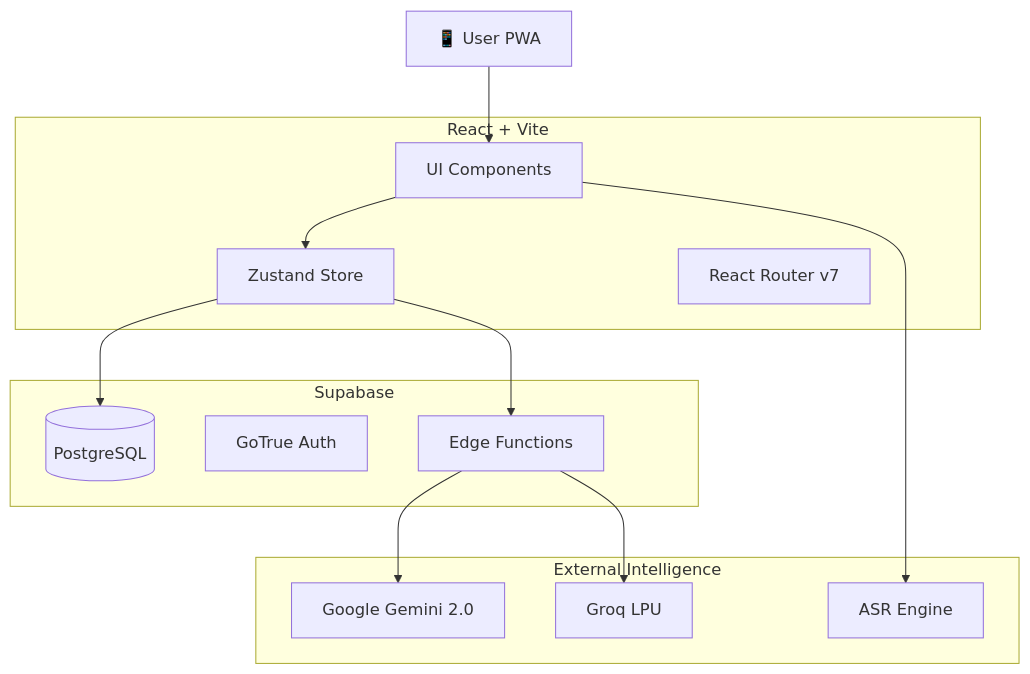
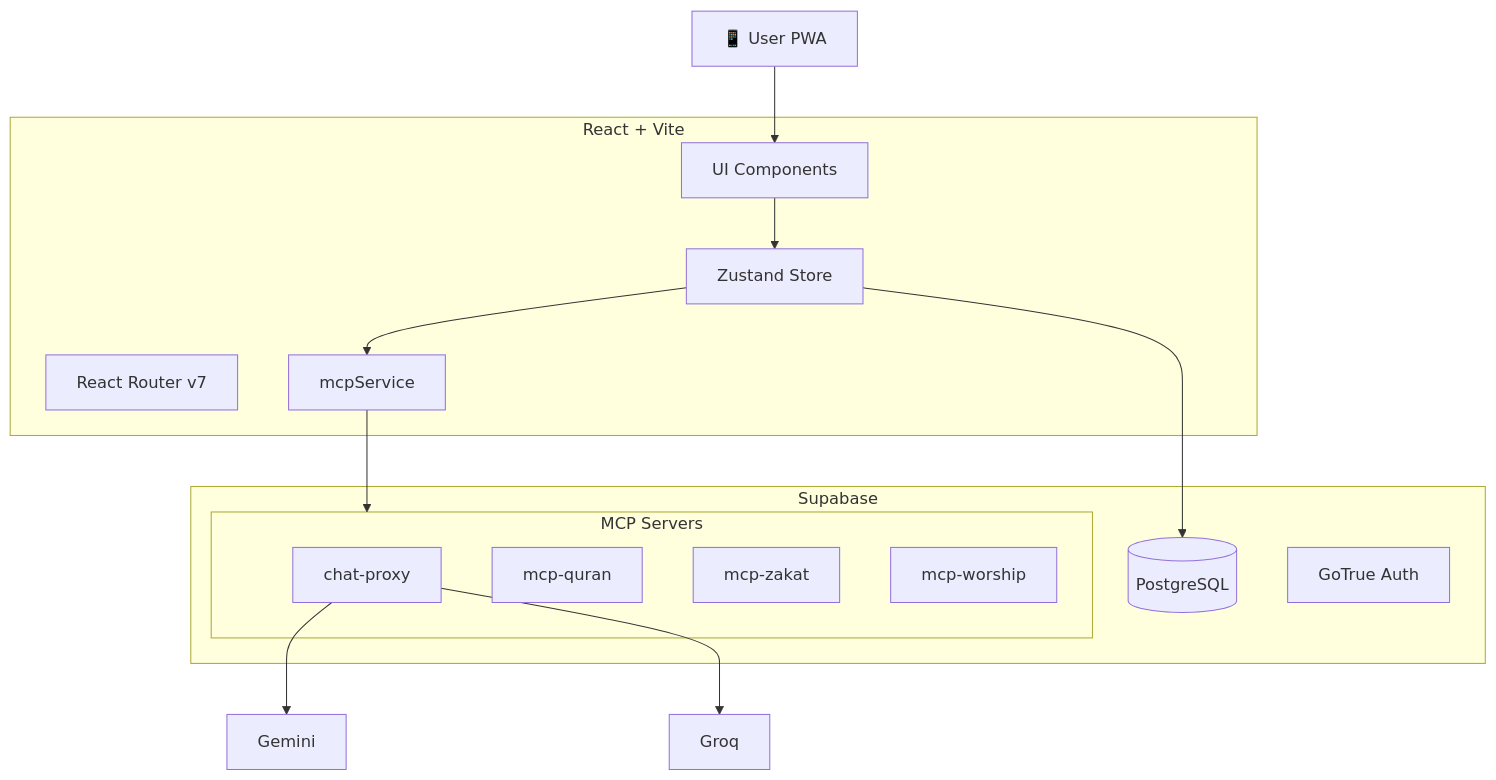
The diagram in ARCHITECTURE.md (thisisniagahub/QuranPulse-v6.0), drawn with Mermaid before and after one commit. The commit also changed other lines of this file and 39 other files, not shown here.

First line of the commit message:
docs: update strategic documentation (Master Plan, Roadmap, PRD)

````diff
--- a/ARCHITECTURE.md
+++ b/ARCHITECTURE.md
@@ -7,30 +7,30 @@
 ```mermaid
 graph TD
     User[📱 User PWA]
     
     subgraph Frontend [React + Vite]
         UI[UI Components]
         Store[Zustand Store]
         Router[React Router v7]
+        MCP_Router[mcpService]
     end
     
     subgraph Backend [Supabase]
         DB[(PostgreSQL)]
         Auth[GoTrue Auth]
-        Edge[Edge Functions]
-    end
-    
-    subgraph AI_Layer [External Intelligence]
-        Gemini[Google Gemini 2.0]
-        Groq[Groq LPU]
-        Whisper[ASR Engine]
+        subgraph MCP [MCP Servers]
+            Edge[chat-proxy]
+            Quran[mcp-quran]
+            Zakat[mcp-zakat]
+            Worship[mcp-worship]
+        end
     end
 
     User --> UI
     UI --> Store
     Store --> DB
-    Store --> Edge
+    Store --> MCP_Router
+    MCP_Router --> MCP
     Edge --> Gemini
     Edge --> Groq
-    UI --> Whisper
 ```
````
